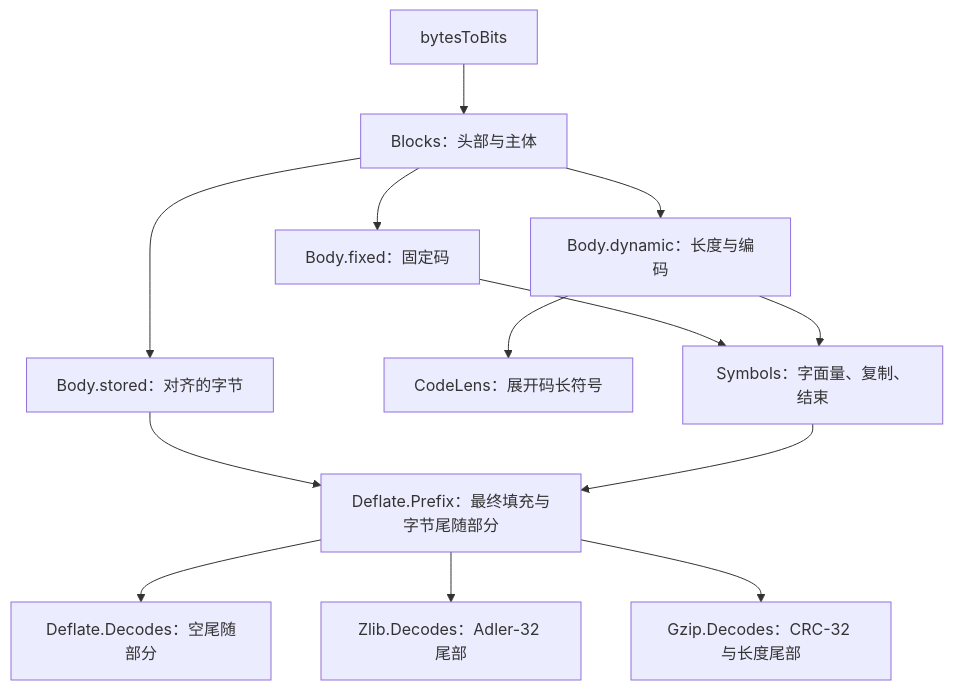
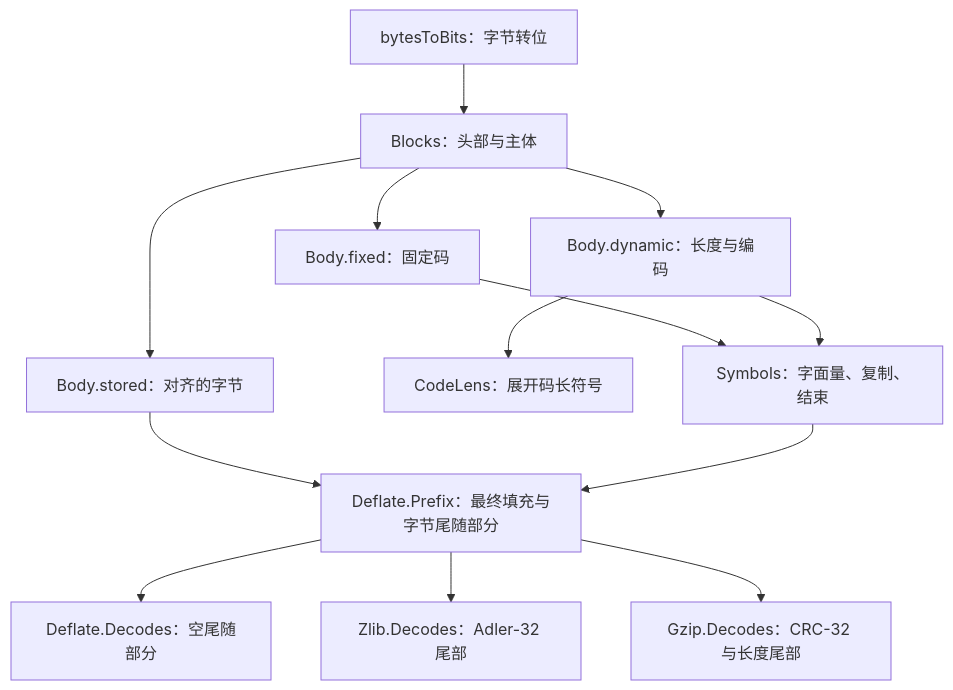
The diagram in docs/spec/format/model.zh.md (cla7aye15I4nd/zlib-f), drawn with Mermaid before and after one commit. The commit also changed other lines of this file and 237 other files, not shown here.

````diff
--- a/docs/spec/format/model.zh.md
+++ b/docs/spec/format/model.zh.md
@@ -28,15 +30,15 @@
 ```mermaid
 flowchart TD
-    B["bytesToBits"] --> K["Blocks：头部与主体"]
+    B["bytesToBits：字节转位"] --> K["Blocks：头部与主体"]
     K --> S["Body.stored：对齐的字节"]
     K --> F["Body.fixed：固定码"]
     K --> D["Body.dynamic：长度与编码"]
     D --> C["CodeLens：展开码长符号"]
     F --> Y["Symbols：字面量、复制、结束"]
     D --> Y
     S --> P["Deflate.Prefix：最终填充与字节尾随部分"]
     Y --> P
     P --> R["Deflate.Decodes：空尾随部分"]
     P --> Z["Zlib.Decodes：Adler-32 尾部"]
     P --> G["Gzip.Decodes：CRC-32 与长度尾部"]
 ```
````
